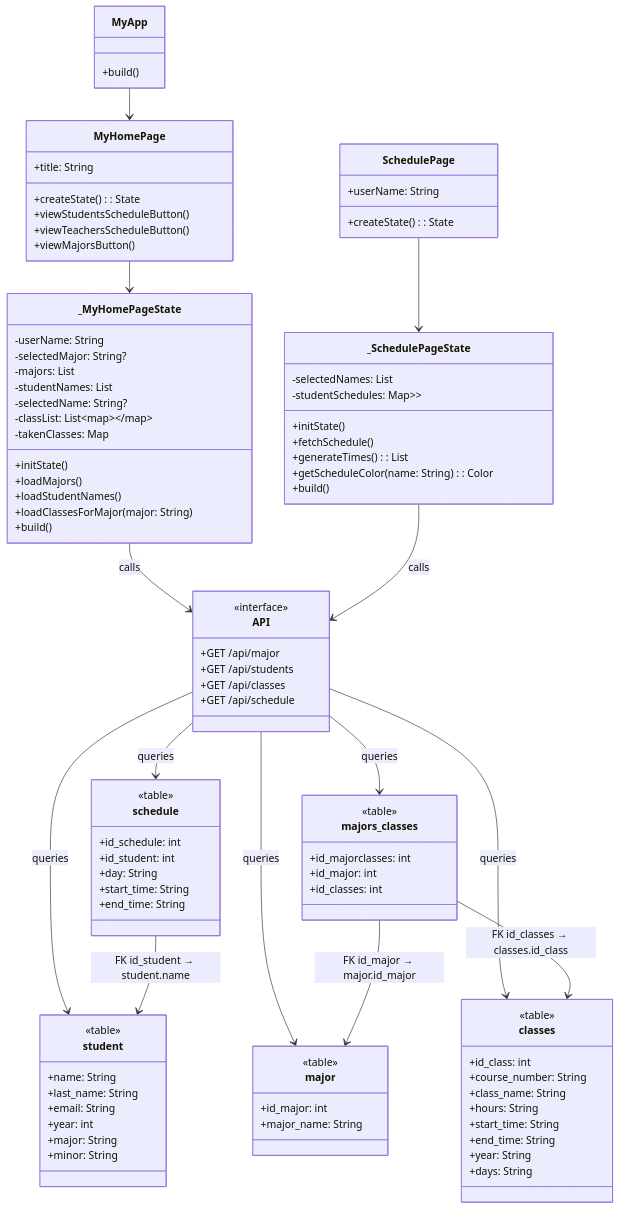
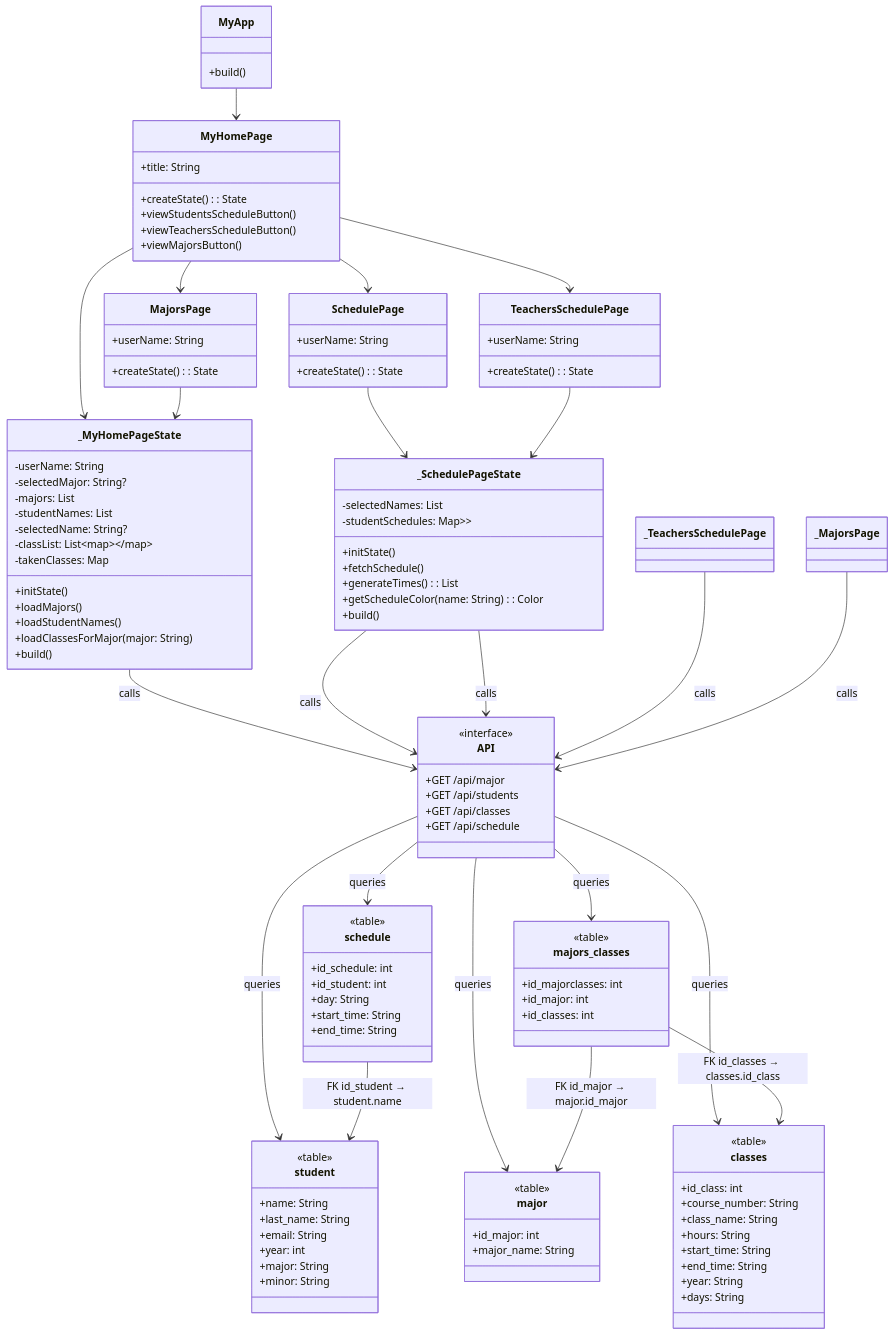
One commit to Isahepi/SchedulingClasses changed the diagram in README1.md. Above: the diagram before and after it, drawn with Mermaid.

Commit message:
Update README1.md
new UML diagram

````diff
--- a/README1.md
+++ b/README1.md
@@ -41,6 +41,14 @@
     }
 
     class SchedulePage {
+        +userName: String
+        +createState(): State
+    }
+    class TeachersSchedulePage {
+        +userName: String
+        +createState(): State
+    }
+    class MajorsPage {
         +userName: String
         +createState(): State
     }
@@ -111,10 +119,19 @@
     %% App Relationships
     MyApp --> MyHomePage
     MyHomePage --> _MyHomePageState
+    MyHomePage --> SchedulePage
+    MyHomePage --> TeachersSchedulePage
+    MyHomePage --> MajorsPage
+
     SchedulePage --> _SchedulePageState
+    TeachersSchedulePage --> _SchedulePageState
+    MajorsPage --> _MyHomePageState
 
     _MyHomePageState --> API : calls
     _SchedulePageState --> API : calls
+    _SchedulePageState --> API : calls
+    _TeachersSchedulePage --> API : calls
+    _MajorsPage --> API : calls
 
     %% API to DB Queries
     API --> student : queries
@@ -127,4 +144,5 @@
     schedule --> student : FK id_student → student.name
     majors_classes --> major : FK id_major → major.id_major
     majors_classes --> classes : FK id_classes → classes.id_class
+
 ```
````
